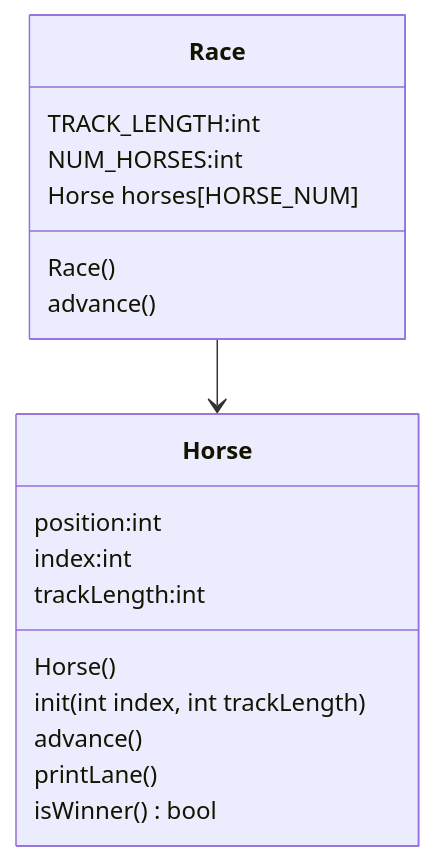
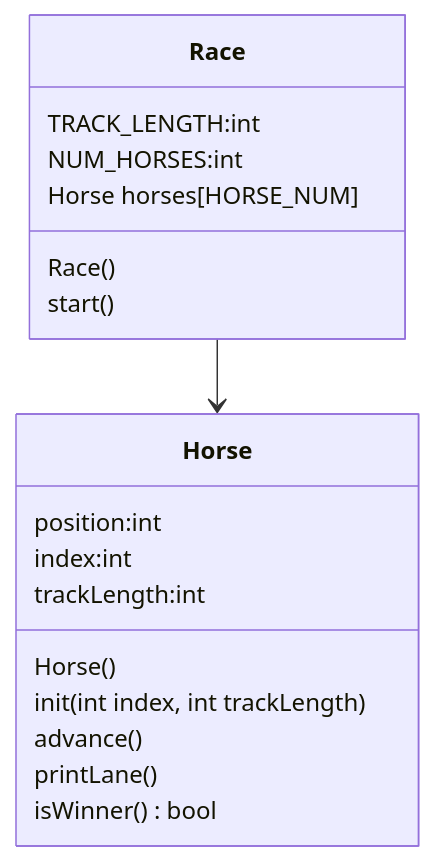
The diagram in README.md (jsanchez-codes/CS121_project_5), drawn with Mermaid before and after one commit. The commit also changed 1 other file, not shown here.

Commit message:
Updated Project

````diff
--- a/README.md
+++ b/README.md
@@ -8,24 +8,24 @@
 ```mermaid
 classDiagram
 
 class Horse{
     position:int
     index:int
     trackLength:int
     Horse()
     init(int index, int trackLength)
     advance()
     printLane()
     isWinner() bool
 }
 
 class Race{
     TRACK_LENGTH:int
     NUM_HORSES:int
     Horse horses[HORSE_NUM]
     Race()
-    advance()
+    start()
 }
 
 Race --> Horse
 ```
````
